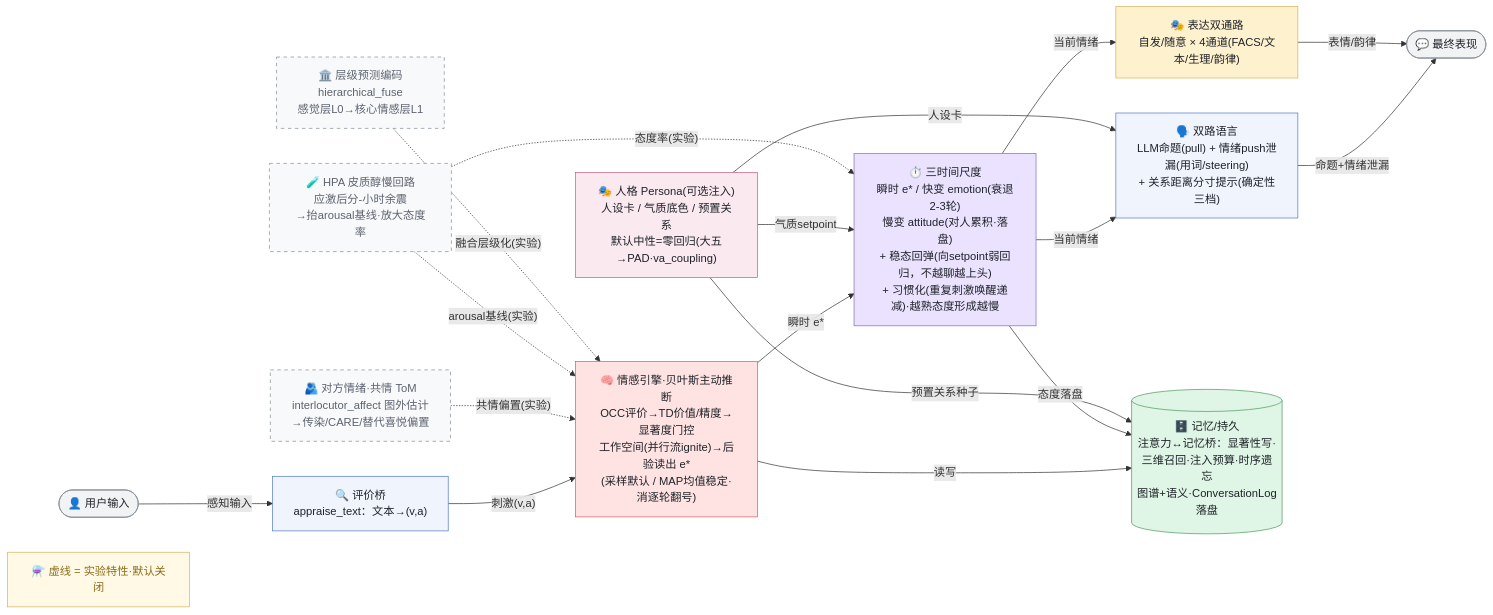
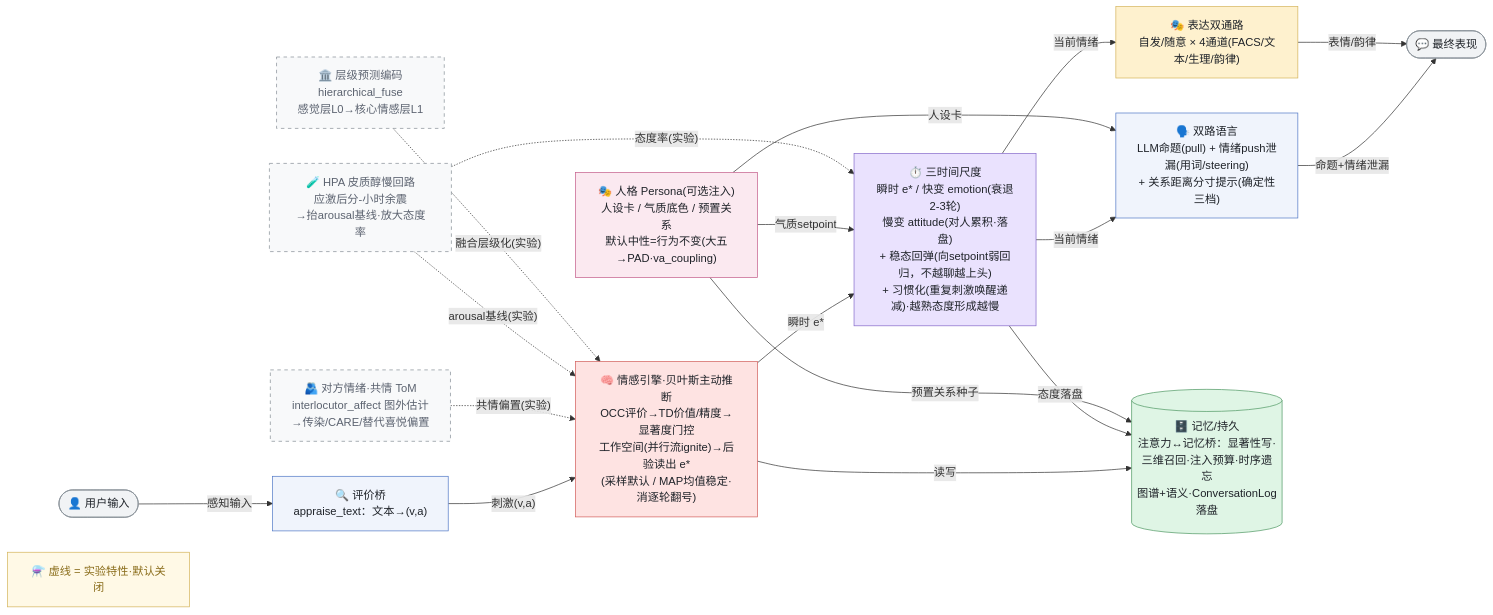
One commit to WizardHeHeJun/Zero changed the diagram in docs/v2/framework-current.mmd. Above: the diagram before and after it, drawn with Mermaid. The commit also changed 16 other files, not shown here.

```diff
--- a/docs/v2/framework-current.mmd
+++ b/docs/v2/framework-current.mmd
@@ -1,44 +1,44 @@
 flowchart LR
   user(["👤 用户输入"]):::terminal
   appraise["🔍 评价桥<br/>appraise_text：文本→(v,a)"]:::appraise
   engine["🧠 情感引擎·贝叶斯主动推断<br/>OCC评价→TD价值/精度→显著度门控<br/>工作空间(并行流ignite)→后验读出 e*<br/>(采样默认 / MAP均值稳定·消逐轮翻号)"]:::engine
   timescales["⏱️ 三时间尺度<br/>瞬时 e* / 快变 emotion(衰退2-3轮)<br/>慢变 attitude(对人累积·落盘)<br/>+ 稳态回弹(向setpoint弱回归，不越聊越上头)<br/>+ 习惯化(重复刺激唤醒递减)·越熟态度形成越慢"]:::timescale
   language["🗣️ 双路语言<br/>LLM命题(pull) + 情绪push泄漏(用词/steering)<br/>+ 关系距离分寸提示(确定性三档)"]:::language
   expression["🎭 表达双通路<br/>自发/随意 × 4通道(FACS/文本/生理/韵律)"]:::expression
-  persona["🎭 人格 Persona(可选注入)<br/>人设卡 / 气质底色 / 预置关系<br/>默认中性=零回归(大五→PAD·va_coupling)"]:::persona
+  persona["🎭 人格 Persona(可选注入)<br/>人设卡 / 气质底色 / 预置关系<br/>默认中性=行为不变(大五→PAD·va_coupling)"]:::persona
   memory[("🗄️ 记忆/持久<br/>注意力↔记忆桥：显著性写·三维召回·注入预算·时序遗忘<br/>图谱+语义·ConversationLog落盘")]:::memory
   output(["💬 最终表现"]):::terminal
 
   tom["🫂 对方情绪·共情 ToM<br/>interlocutor_affect 图外估计<br/>→传染/CARE/替代喜悦偏置"]:::experimental
   hpa["🧪 HPA 皮质醇慢回路<br/>应激后分-小时余震<br/>→抬arousal基线·放大态度率"]:::experimental
   hpc["🏛️ 层级预测编码<br/>hierarchical_fuse<br/>感觉层L0→核心情感层L1"]:::experimental
   expnote["⚗️ 虚线 = 实验特性·默认关闭"]:::expnote
 
   user -->|"感知输入"| appraise
   appraise -->|"刺激(v,a)"| engine
   engine -->|"瞬时 e*"| timescales
   timescales -->|"当前情绪"| language
   timescales -->|"当前情绪"| expression
   language -->|"命题+情绪泄漏"| output
   expression -->|"表情/韵律"| output
   engine -->|"读写"| memory
   timescales -->|"态度落盘"| memory
   persona -->|"人设卡"| language
   persona -->|"气质setpoint"| timescales
   persona -->|"预置关系种子"| memory
 
   tom -.->|"共情偏置(实验)"| engine
   hpa -.->|"arousal基线(实验)"| engine
   hpa -.->|"态度率(实验)"| timescales
   hpc -.->|"融合层级化(实验)"| engine
 
   classDef terminal fill:#F1F3F5,stroke:#868E96,color:#1F2329
   classDef appraise fill:#F0F4FC,stroke:#5178C6,color:#1F2329
   classDef engine fill:#FEE3E2,stroke:#D25D5A,color:#1F2329
   classDef timescale fill:#EAE2FE,stroke:#8569CB,color:#1F2329
   classDef language fill:#F0F4FC,stroke:#5178C6,color:#1F2329
   classDef expression fill:#FEF1CE,stroke:#D4B45B,color:#1F2329
   classDef memory fill:#DFF5E5,stroke:#509863,color:#1F2329
   classDef persona fill:#FBE9F0,stroke:#C45D8B,color:#1F2329
   classDef experimental fill:#F8F9FA,stroke:#868E96,stroke-dasharray:5 5,color:#5C6370
   classDef expnote fill:#FFF9E6,stroke:#D4B45B,color:#8A6D1B
```
